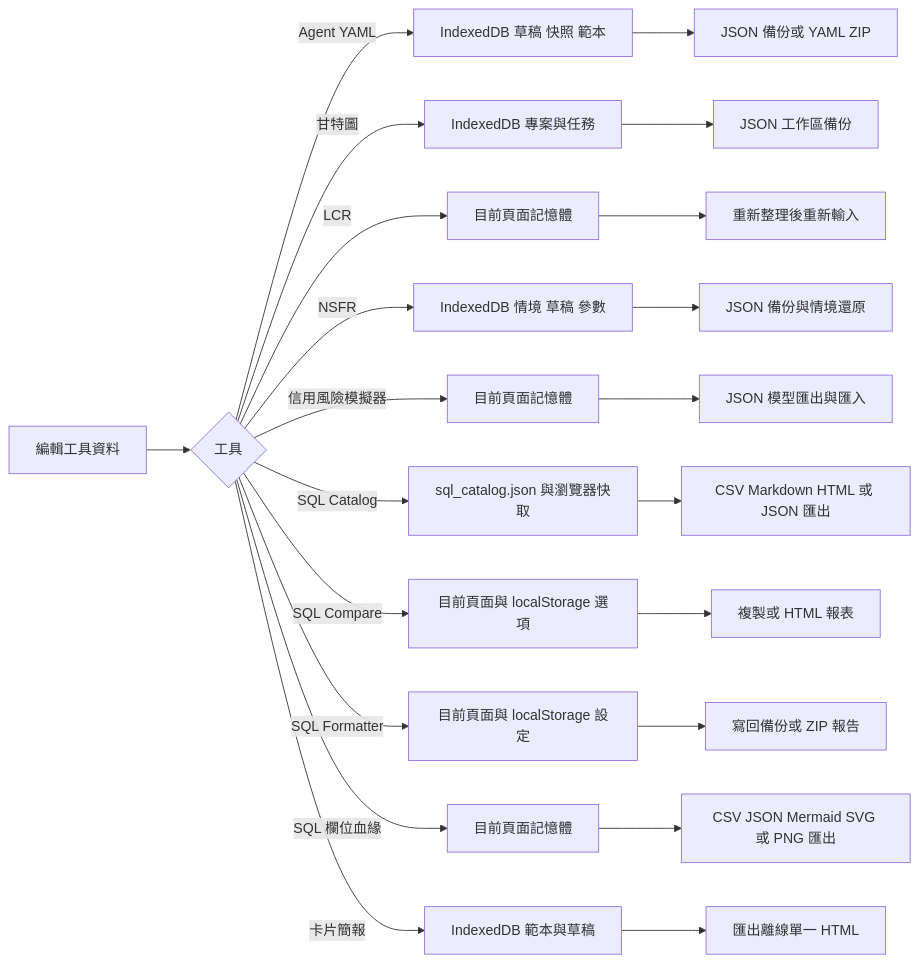
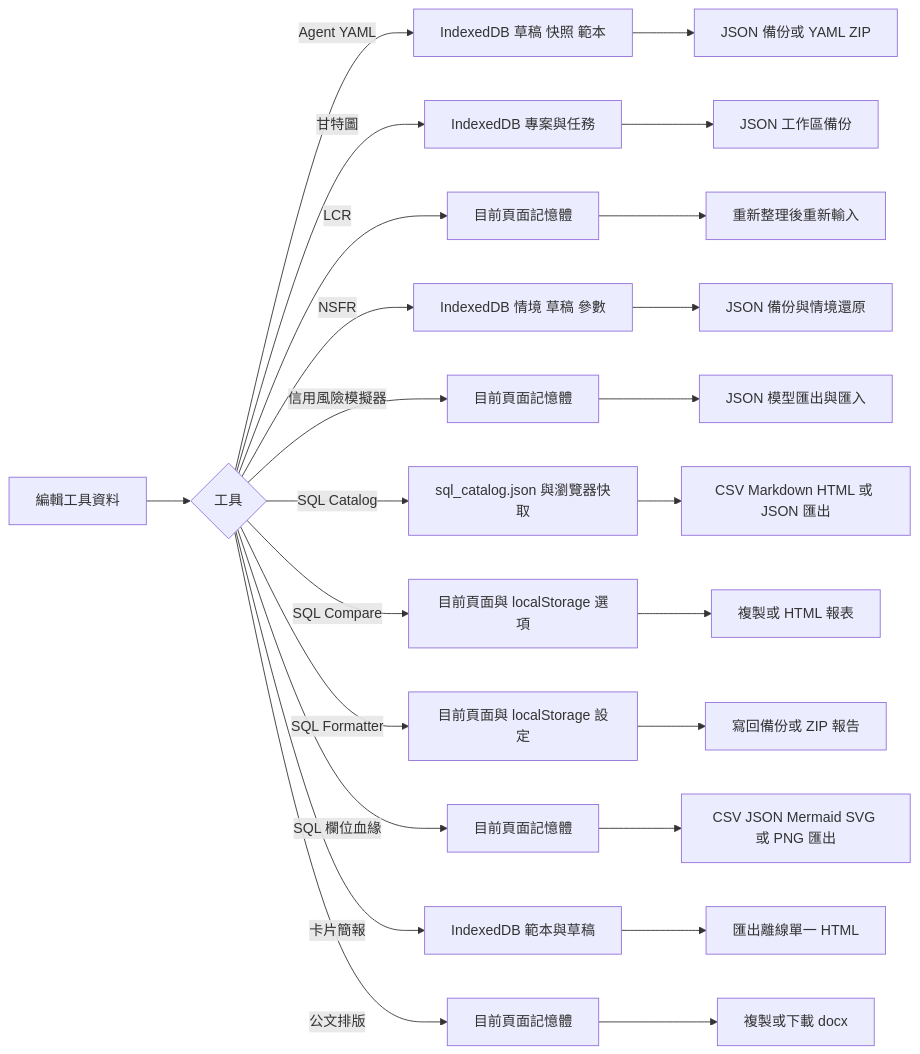
One commit to DunkLiao/my-spa-tools changed diagram 12 of 12 in README.md. Above: the diagram before and after it, drawn with Mermaid. The commit also changed other lines of this file and 3 other files, not shown here.

````diff
--- a/README.md
+++ b/README.md
@@ -479,24 +526,26 @@
 ```mermaid
 flowchart LR
     A[編輯工具資料] --> B{工具}
     B -->|Agent YAML| C[IndexedDB 草稿 快照 範本]
     B -->|甘特圖| D[IndexedDB 專案與任務]
     B -->|LCR| E[目前頁面記憶體]
     B -->|NSFR| K[IndexedDB 情境 草稿 參數]
     B -->|信用風險模擬器| U[目前頁面記憶體]
     B -->|SQL Catalog| I[sql_catalog.json 與瀏覽器快取]
     B -->|SQL Compare| M[目前頁面與 localStorage 選項]
     B -->|SQL Formatter| N[目前頁面與 localStorage 設定]
     B -->|SQL 欄位血緣| R[目前頁面記憶體]
     B -->|卡片簡報| W[IndexedDB 範本與草稿]
+    B -->|公文排版| Y[目前頁面記憶體]
     C --> F[JSON 備份或 YAML ZIP]
     D --> G[JSON 工作區備份]
     E --> H[重新整理後重新輸入]
     K --> L[JSON 備份與情境還原]
     U --> V[JSON 模型匯出與匯入]
     I --> J[CSV Markdown HTML 或 JSON 匯出]
     M --> O[複製或 HTML 報表]
     N --> P[寫回備份或 ZIP 報告]
     R --> S[CSV JSON Mermaid SVG 或 PNG 匯出]
     W --> X[匯出離線單一 HTML]
+    Y --> Z[複製或下載 docx]
 ```
````
